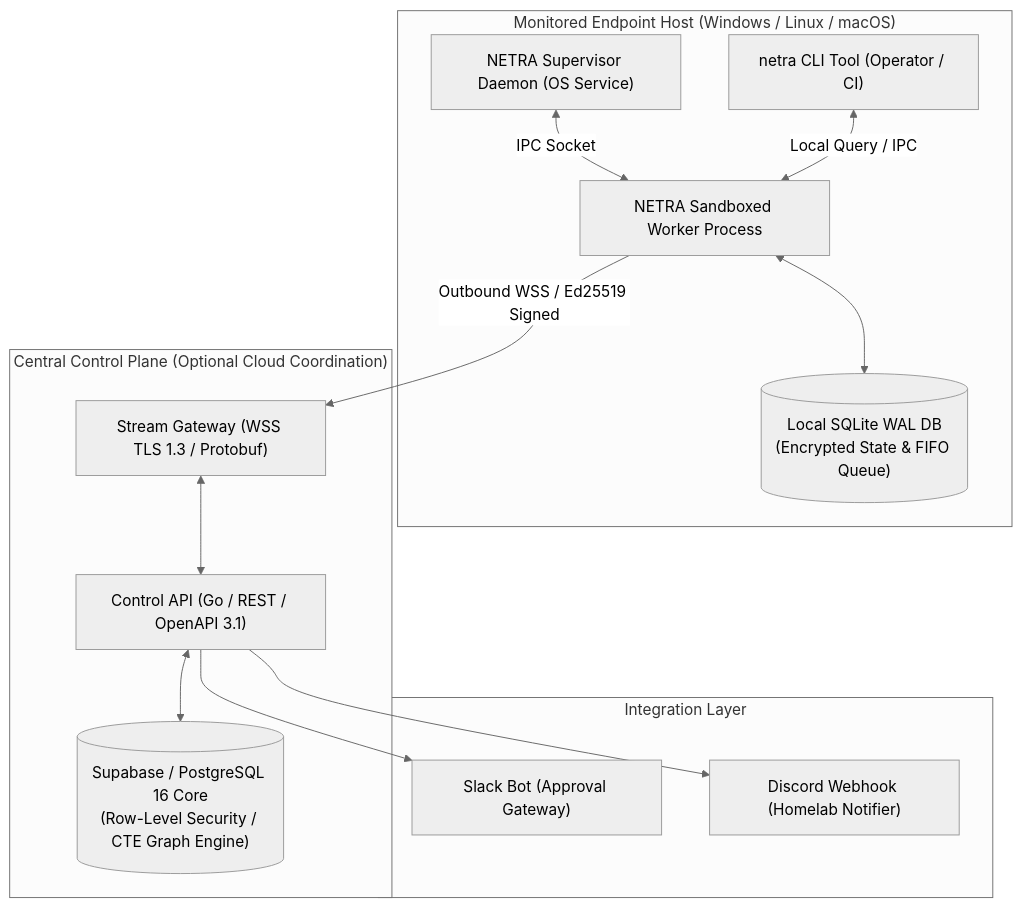
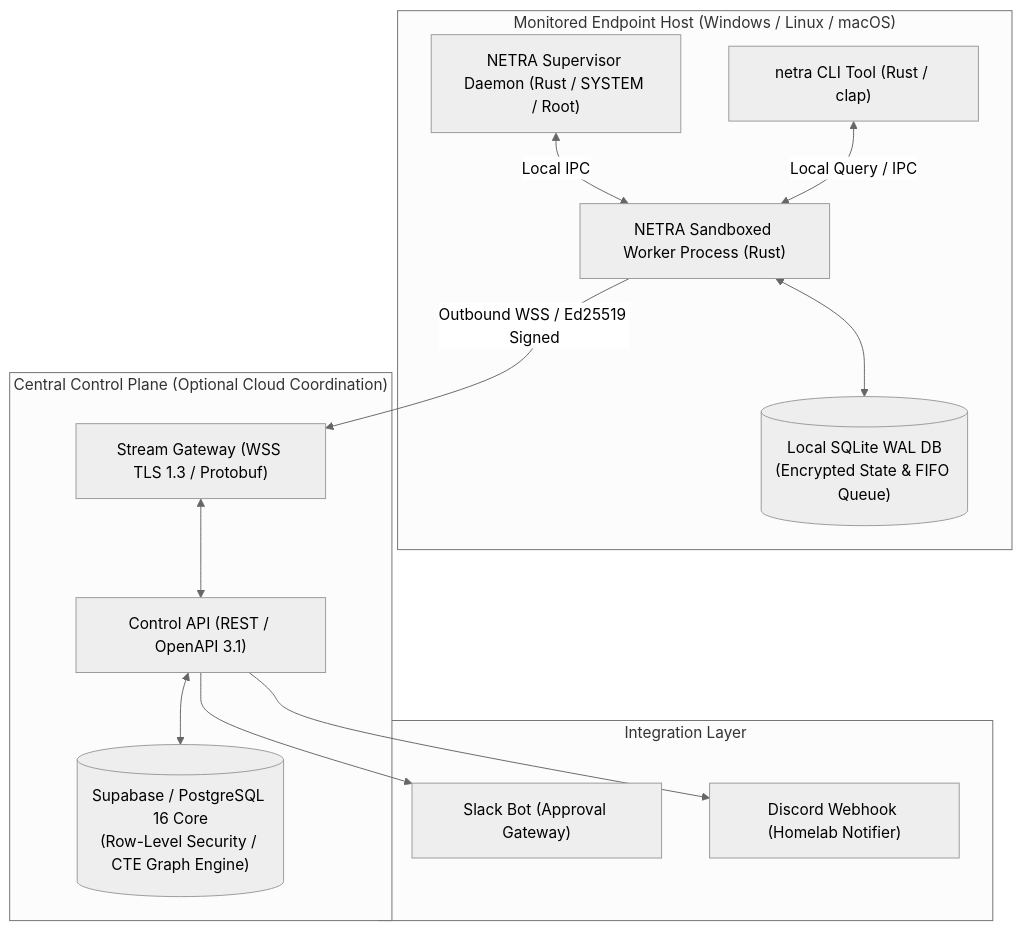
One commit to Subhadip-Paul2006/NETRA-Backend changed the second of 10 diagrams in docs/ARCHITECTURE.md. Above: the diagram before and after it, drawn with Mermaid (neutral theme). The commit also changed other lines of this file and 13 other files, not shown here.

Commit message:
docs: finalize Rust-first systems architecture lock across all 16 specifications

````diff
--- a/docs/ARCHITECTURE.md
+++ b/docs/ARCHITECTURE.md
@@ -50,31 +51,31 @@
 ```mermaid
 flowchart TD
     subgraph Host["Monitored Endpoint Host (Windows / Linux / macOS)"]
-        Supervisor["NETRA Supervisor Daemon (OS Service)"]
-        Worker["NETRA Sandboxed Worker Process"]
+        Supervisor["NETRA Supervisor Daemon (Rust / SYSTEM / Root)"]
+        Worker["NETRA Sandboxed Worker Process (Rust)"]
         SQLite[("Local SQLite WAL DB<br/>(Encrypted State & FIFO Queue)")]
-        CLI["netra CLI Tool (Operator / CI)"]
+        CLI["netra CLI Tool (Rust / clap)"]
         
-        Supervisor <-->|IPC Socket| Worker
+        Supervisor <-->|Local IPC| Worker
         Worker <--> SQLite
         CLI <-->|Local Query / IPC| Worker
     end
 
     subgraph Cloud["Central Control Plane (Optional Cloud Coordination)"]
         WSS["Stream Gateway (WSS TLS 1.3 / Protobuf)"]
-        API["Control API (Go / REST / OpenAPI 3.1)"]
+        API["Control API (REST / OpenAPI 3.1)"]
         Supa[("Supabase / PostgreSQL 16 Core<br/>(Row-Level Security / CTE Graph Engine)")]
         
         WSS <--> API
         API <--> Supa
     end
 
     subgraph Integrations["Integration Layer"]
         Slack["Slack Bot (Approval Gateway)"]
         Discord["Discord Webhook (Homelab Notifier)"]
     end
 
     Worker -->|Outbound WSS / Ed25519 Signed| WSS
     API --> Slack
     API --> Discord
 ```
````
